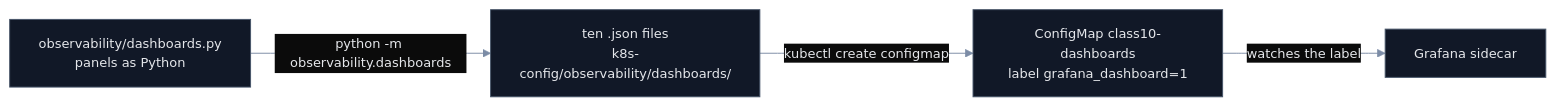
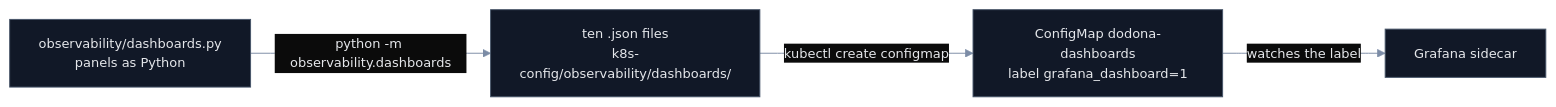
The second of 3 diagrams in docs/cluster/observability.md (harshuljain13/Dodona), drawn with Mermaid before and after one commit. The commit also changed other lines of this file and 51 other files, not shown here.

````diff
--- a/docs/cluster/observability.md
+++ b/docs/cluster/observability.md
@@ -50,18 +50,18 @@
 ```mermaid
 %%{init: {'theme':'base','themeVariables':{
   'darkMode':true,'background':'#0B0B0B',
   'fontFamily':'Helvetica, Arial, sans-serif','fontSize':'13.5px',
   'primaryColor':'#111827','primaryTextColor':'#E5E7EB','primaryBorderColor':'#475569',
   'lineColor':'#7C8CA6','textColor':'#E5E7EB','titleColor':'#E5E7EB',
   'clusterBkg':'#0F1218','clusterBorder':'#263142','edgeLabelBackground':'#0B0B0B'
 }}}%%
 flowchart LR
     PY["observability/dashboards.py<br/>panels as Python"]
     JSON["ten .json files<br/>k8s-config/observability/dashboards/"]
-    CM["ConfigMap class10-dashboards<br/>label grafana_dashboard=1"]
+    CM["ConfigMap dodona-dashboards<br/>label grafana_dashboard=1"]
     SIDECAR["Grafana sidecar"]
 
     PY -->|"python -m observability.dashboards"| JSON
     JSON -->|"kubectl create configmap"| CM
     CM -->|"watches the label"| SIDECAR
 ```
````
